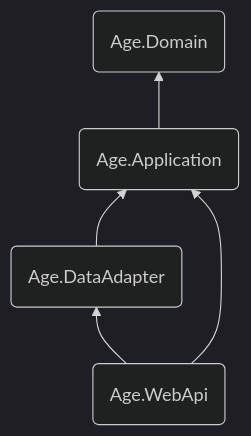
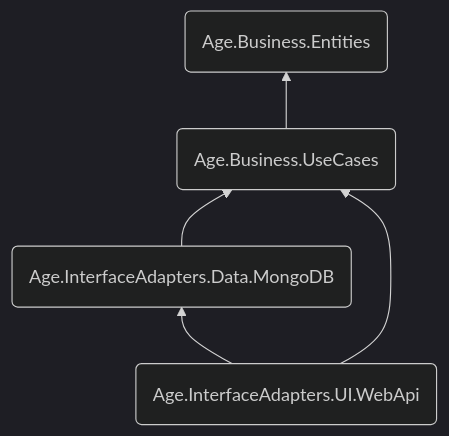
One commit to Hibex-Solutions/TheCleanArch changed the diagram in docs/articles/getting-started/create-solution-structure.md. Above: the diagram before and after it, drawn with Mermaid (dark theme). The commit also changed other lines of this file and 2 other files, not shown here.

````diff
--- a/docs/articles/getting-started/create-solution-structure.md
+++ b/docs/articles/getting-started/create-solution-structure.md
@@ -96,14 +99,14 @@
 ```mermaid
 flowchart BT
 
-Application(Age.Application)
-Domain(Age.Domain)
-DataAdapter(Age.DataAdapter)
-WebApi(Age.WebApi)
+UseCases(Age.Business.UseCases)
+Entities(Age.Business.Entities)
+DataAdapter(Age.InterfaceAdapters.Data.MongoDB)
+WebApi(Age.InterfaceAdapters.UI.WebApi)
 
 
-Application --> Domain
-DataAdapter --> Application
-WebApi --> Application
+UseCases --> Entities
+DataAdapter --> UseCases
+WebApi --> UseCases
 WebApi --> DataAdapter
 ```
````
